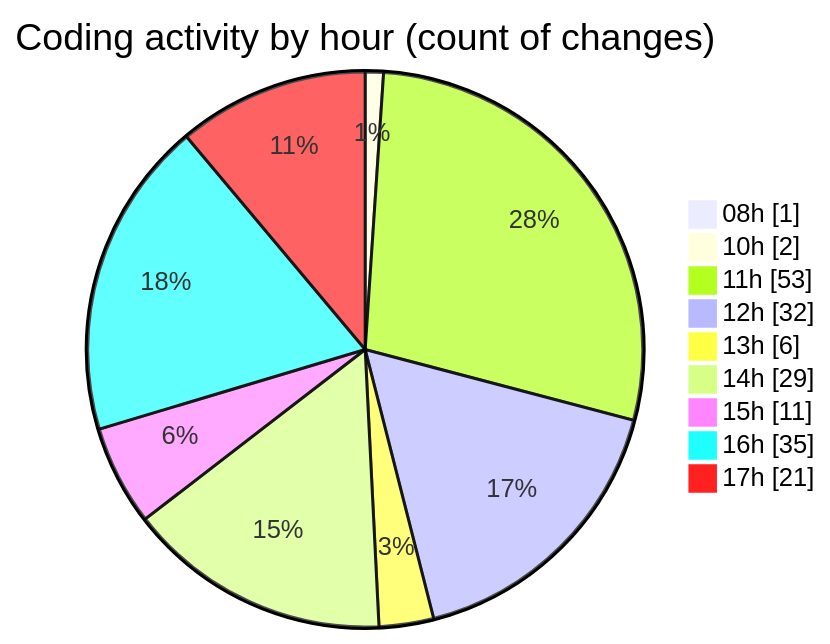
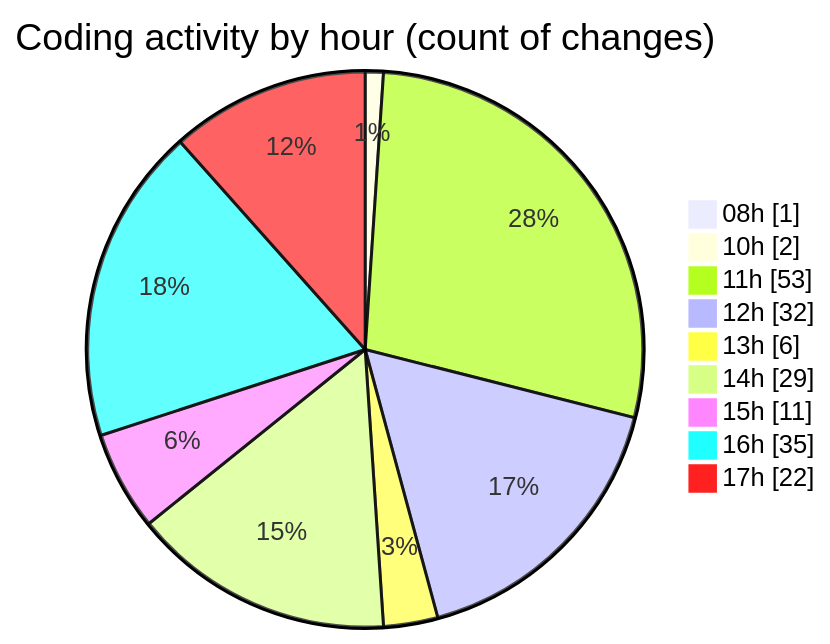
The second of 2 diagrams in 2025-07-03/cda/README.md (momahboobian/code-tracking), drawn with Mermaid before and after one commit. The commit also changed other lines of this file and 1 other file, not shown here.

````diff
--- a/2025-07-03/cda/README.md
+++ b/2025-07-03/cda/README.md
@@ -54,13 +54,13 @@
 ```mermaid
 pie showData
 title Coding activity by hour (count of changes)
 "08h" : 1
 "10h" : 2
 "11h" : 53
 "12h" : 32
 "13h" : 6
 "14h" : 29
 "15h" : 11
 "16h" : 35
-"17h" : 21
+"17h" : 22
 ```
````
